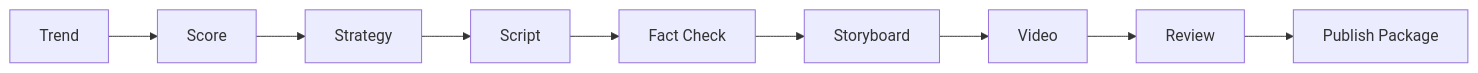
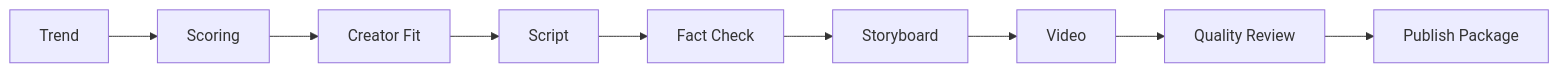
Before and after one commit to 2417467487-hub/Trend2Video-Pro: the diagram in README.md, drawn with Mermaid. The commit also changed other lines of this file and 9 other files, not shown here.

````diff
--- a/README.md
+++ b/README.md
@@ -84,11 +60,11 @@
 ```mermaid
 flowchart LR
-    A["Trend"] --> B["Score"]
-    B --> C["Strategy"]
+    A["Trend"] --> B["Scoring"]
+    B --> C["Creator Fit"]
     C --> D["Script"]
     D --> E["Fact Check"]
     E --> F["Storyboard"]
     F --> G["Video"]
-    G --> H["Review"]
+    G --> H["Quality Review"]
     H --> I["Publish Package"]
 ```
````
